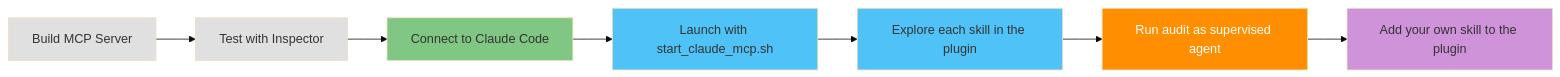
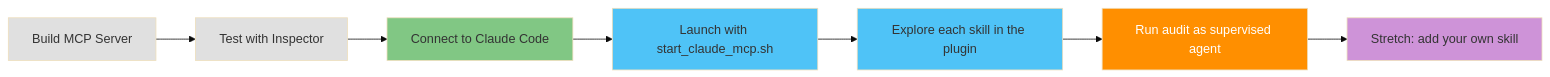
The second of 2 diagrams in lessons/agent-overview.md (David-Parry/agent-mcp-workshop), drawn with Mermaid (base theme) before and after one commit. The commit also changed other lines of this file and 14 other files, not shown here.

````diff
--- a/lessons/agent-overview.md
+++ b/lessons/agent-overview.md
@@ -175,17 +175,17 @@
 ```mermaid
 graph LR
     A[Build MCP Server] --> B[Test with Inspector]
     B --> C[Connect to Claude Code]
     C --> D[Launch with start_claude_mcp.sh]
     D --> E[Explore each skill in the plugin]
     E --> F[Run audit as supervised agent]
-    F --> G[Add your own skill to the plugin]
+    F --> G[Stretch: add your own skill]
 
     style A fill:#e0e0e0
     style B fill:#e0e0e0
     style C fill:#81c784
     style D fill:#4fc3f7
     style E fill:#4fc3f7
     style F fill:#ff8f00,color:#fff
     style G fill:#ce93d8
 ```
````
